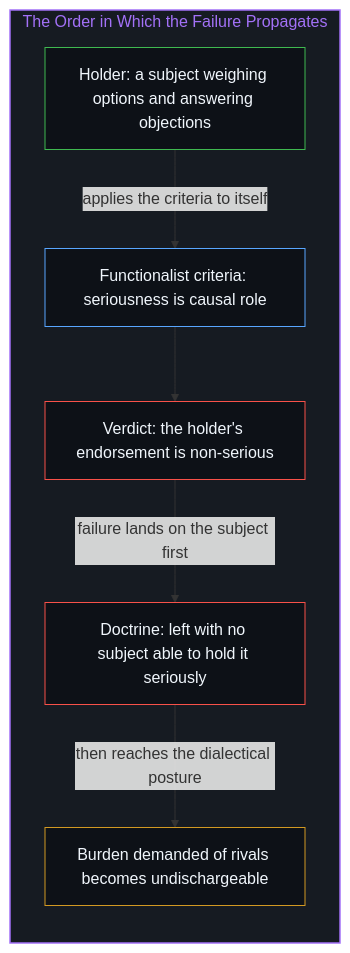
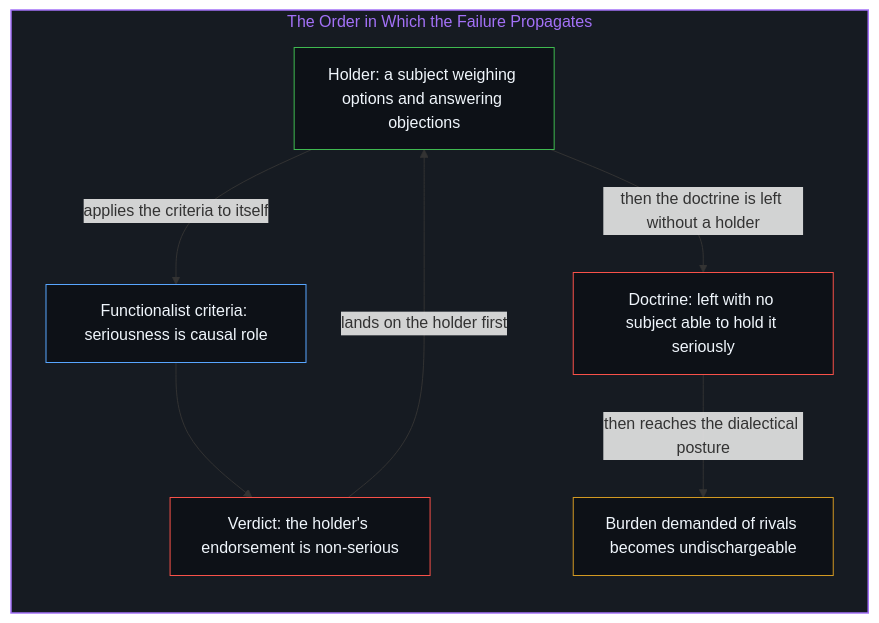
The second of 6 diagrams in content/posts/the-functionalism-no-functionalist-can-hold.md (powerpig99/not-a-toe), drawn with Mermaid before and after one commit. The commit also changed other lines of this file and 14 other files, not shown here.

````diff
--- a/content/posts/the-functionalism-no-functionalist-can-hold.md
+++ b/content/posts/the-functionalism-no-functionalist-can-hold.md
@@ -42,22 +43,23 @@
 ```mermaid
 flowchart TD
     subgraph S_ORDER_EN ["The Order in Which the Failure Propagates"]
         direction TB
         style S_ORDER_EN fill:#161b22,stroke:#a371f7,stroke-width:1.5px,color:#a371f7
         Subject["Holder: a subject weighing options and answering objections"]
         Criteria["Functionalist criteria: seriousness is causal role"]
         Verdict["Verdict: the holder's endorsement is non-serious"]
         Doctrine["Doctrine: left with no subject able to hold it seriously"]
         Burden["Burden demanded of rivals becomes undischargeable"]
         style Subject fill:#0d1117,stroke:#3fb950,stroke-width:1px,color:#f0f6fc
         style Criteria fill:#0d1117,stroke:#58a6ff,stroke-width:1px,color:#f0f6fc
         style Verdict fill:#0d1117,stroke:#f85149,stroke-width:1px,color:#f0f6fc
         style Doctrine fill:#0d1117,stroke:#f85149,stroke-width:1px,color:#f0f6fc
         style Burden fill:#0d1117,stroke:#d29922,stroke-width:1px,color:#f0f6fc
     end
 
     Subject -->|"applies the criteria to itself"| Criteria
     Criteria --> Verdict
-    Verdict -->|"failure lands on the subject first"| Doctrine
+    Verdict -->|"lands on the holder first"| Subject
+    Subject -->|"then the doctrine is left without a holder"| Doctrine
     Doctrine -->|"then reaches the dialectical posture"| Burden
 ```
````
